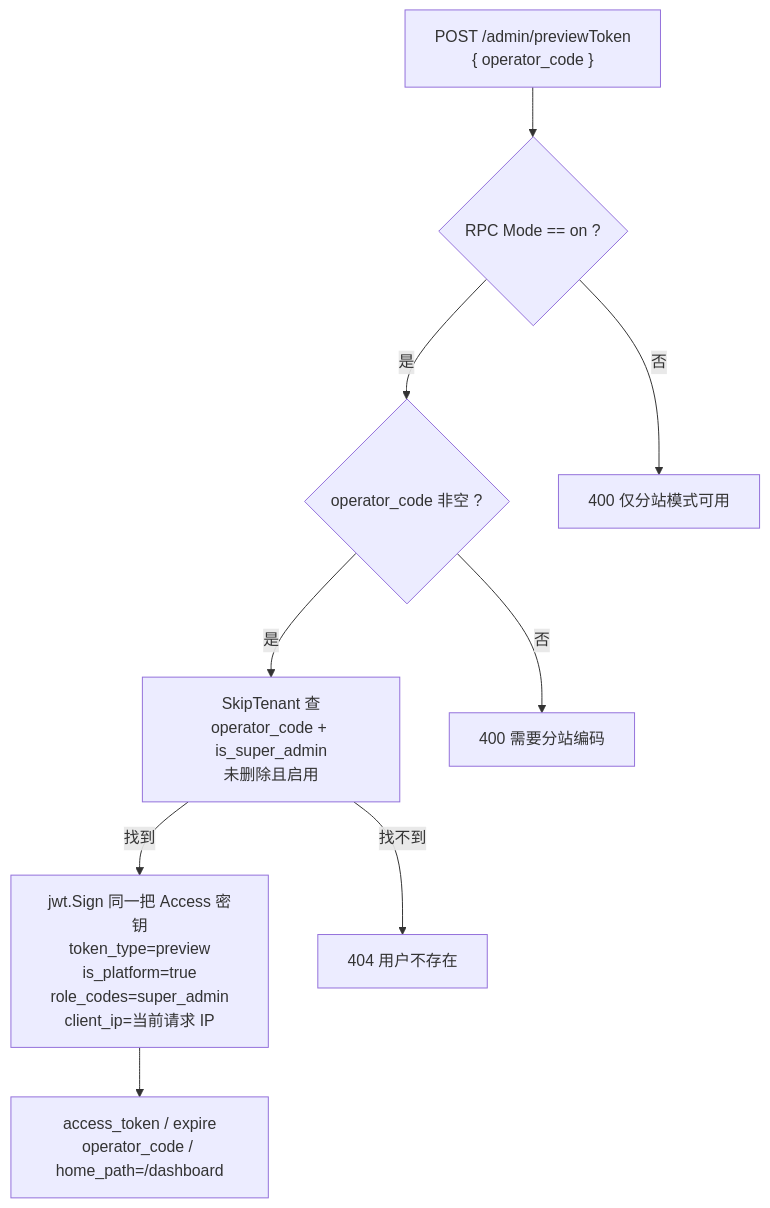
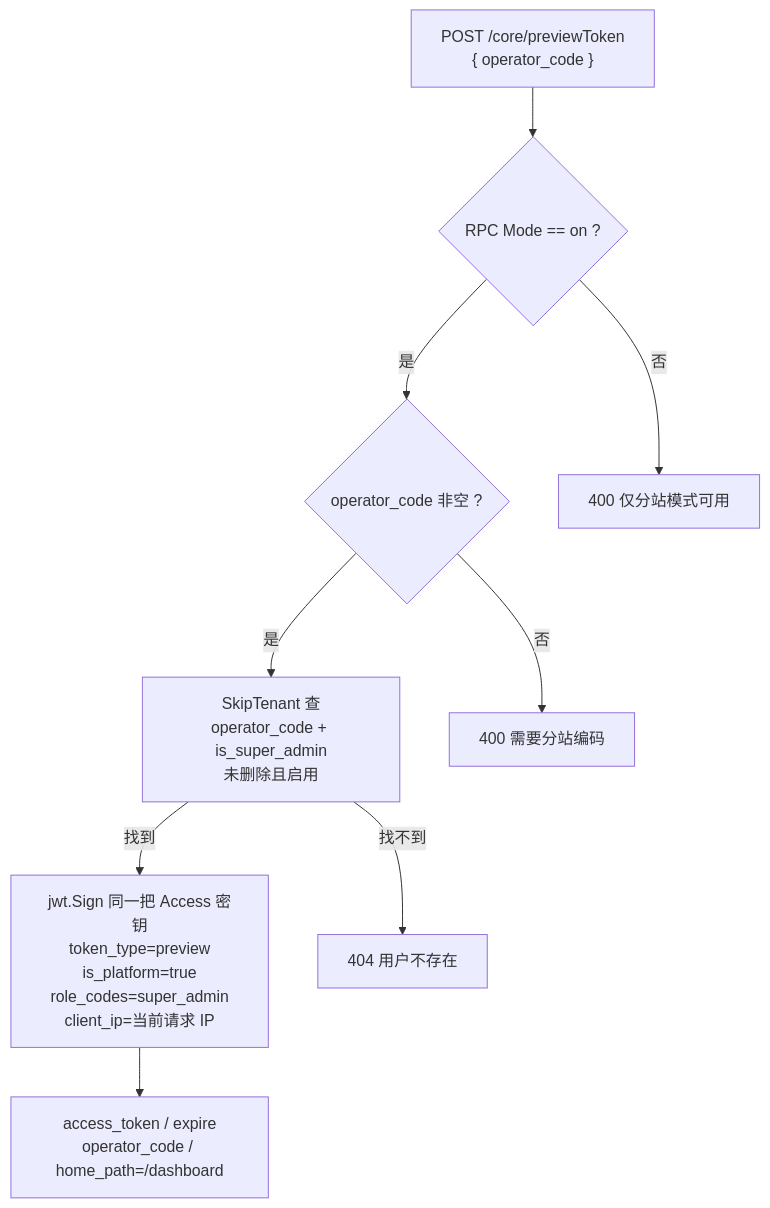
One commit to ns9ryan/p9-mirror changed the second of 5 diagrams in core/docs/preview-token.md. Above: the diagram before and after it, drawn with Mermaid. The commit also changed other lines of this file and 98 other files, not shown here.

````diff
--- a/core/docs/preview-token.md
+++ b/core/docs/preview-token.md
@@ -52,17 +52,17 @@
 ```mermaid
 flowchart TB
-  Req["POST /admin/previewToken<br/>{ operator_code }"]
+  Req["POST /core/previewToken<br/>{ operator_code }"]
   Mode{"RPC Mode == on ?"}
   Code{"operator_code 非空 ?"}
   User["SkipTenant 查<br/>operator_code + is_super_admin<br/>未删除且启用"]
   Sign["jwt.Sign 同一把 Access 密钥<br/>token_type=preview<br/>is_platform=true<br/>role_codes=super_admin<br/>client_ip=当前请求 IP"]
   Out["access_token / expire<br/>operator_code / home_path=/dashboard"]
 
   Req --> Mode
   Mode -->|否| E400["400 仅分站模式可用"]
   Mode -->|是| Code
   Code -->|否| E400b["400 需要分站编码"]
   Code -->|是| User
   User -->|找不到| E404["404 用户不存在"]
   User -->|找到| Sign --> Out
 ```
````
